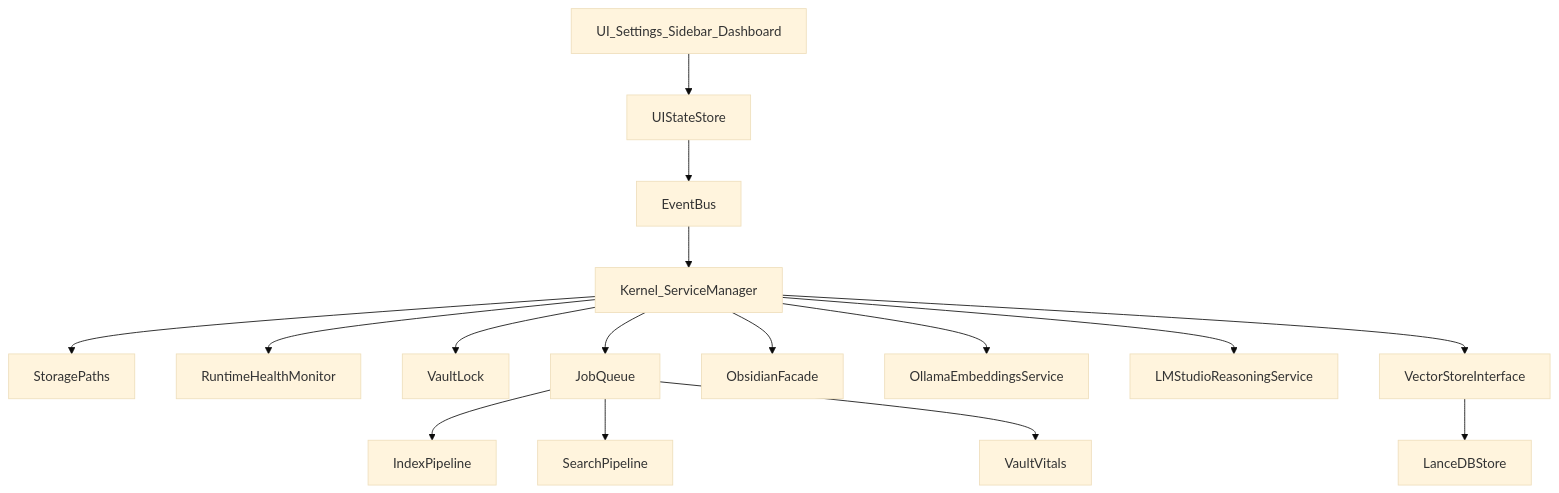
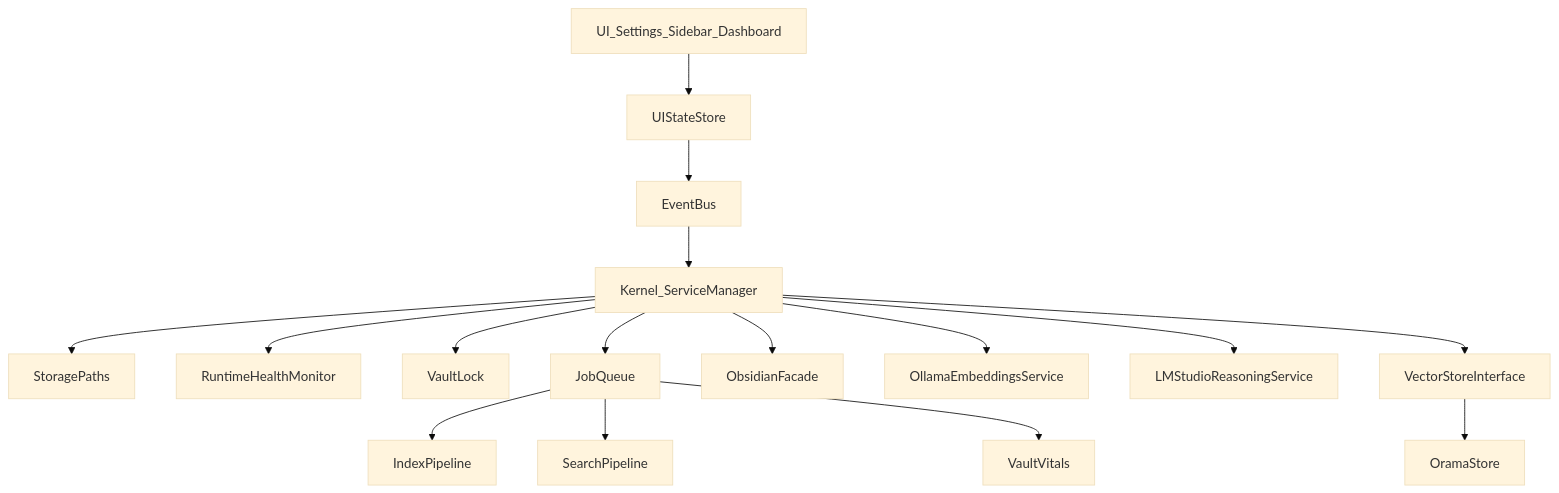
Before and after one commit to akougkas/notient: the diagram in planning/prompts/bootstrap.md, drawn with Mermaid (base theme). The commit also changed other lines of this file and 46 other files, not shown here.

````diff
--- a/planning/prompts/bootstrap.md
+++ b/planning/prompts/bootstrap.md
@@ -55,21 +55,21 @@
 ```mermaid
 flowchart TD
   UI[UI_Settings_Sidebar_Dashboard] --> State[UIStateStore]
   State --> Events[EventBus]
 
   Events --> Kernel[Kernel_ServiceManager]
   Kernel --> Paths[StoragePaths]
   Kernel --> Health[RuntimeHealthMonitor]
   Kernel --> Lock[VaultLock]
   Kernel --> Queue[JobQueue]
   Kernel --> Obs[ObsidianFacade]
 
   Kernel --> Ollama[OllamaEmbeddingsService]
   Kernel --> LM[LMStudioReasoningService]
   Kernel --> VS[VectorStoreInterface]
-  VS --> Lance[LanceDBStore]
+  VS --> Orama[OramaStore]
 
   Queue --> Indexer[IndexPipeline]
   Queue --> Search[SearchPipeline]
   Queue --> Vitals[VaultVitals]
 ```
````
